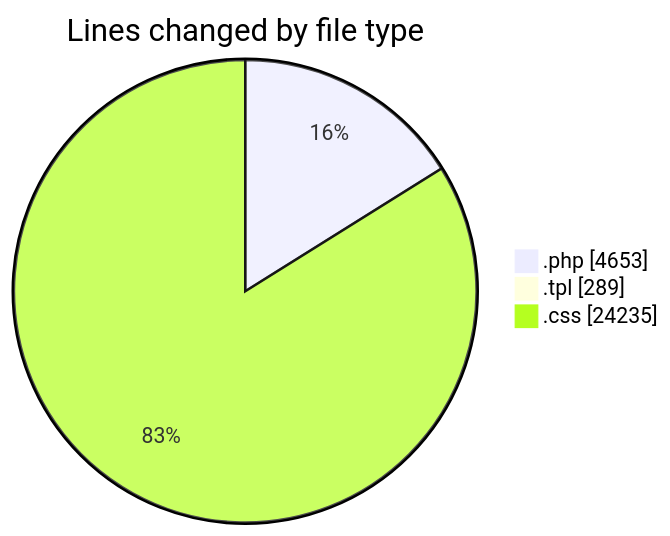
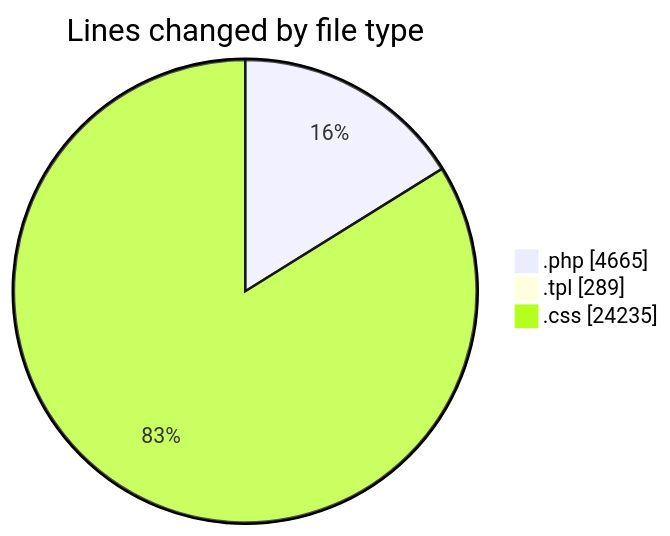
One commit to vahidmafi/code-tracking changed the first of 2 diagrams in 2025-04-18/zeytoon/README.md. Above: the diagram before and after it, drawn with Mermaid. The commit also changed other lines of this file and 1 other file, not shown here.

````diff
--- a/2025-04-18/zeytoon/README.md
+++ b/2025-04-18/zeytoon/README.md
@@ -29,7 +29,7 @@
 ```mermaid
 pie showData
 title Lines changed by file type
-".php" : 4653
+".php" : 4665
 ".tpl" : 289
 ".css" : 24235
 ```
````
